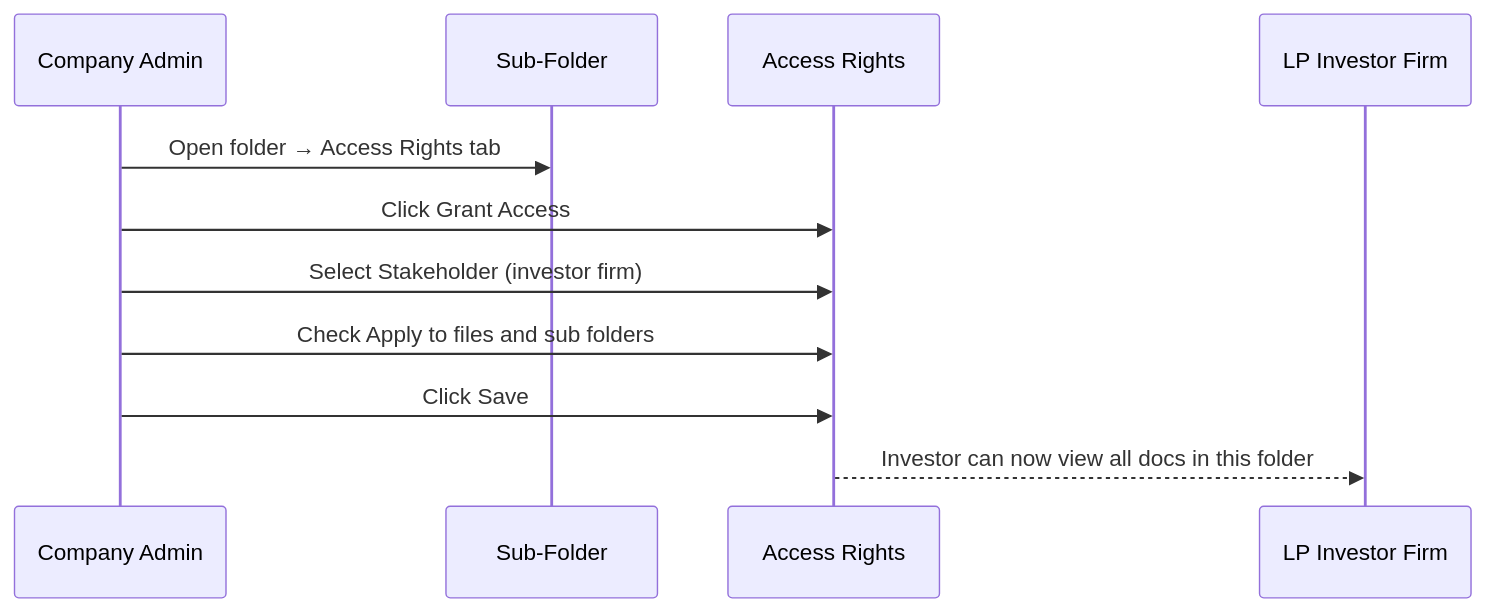
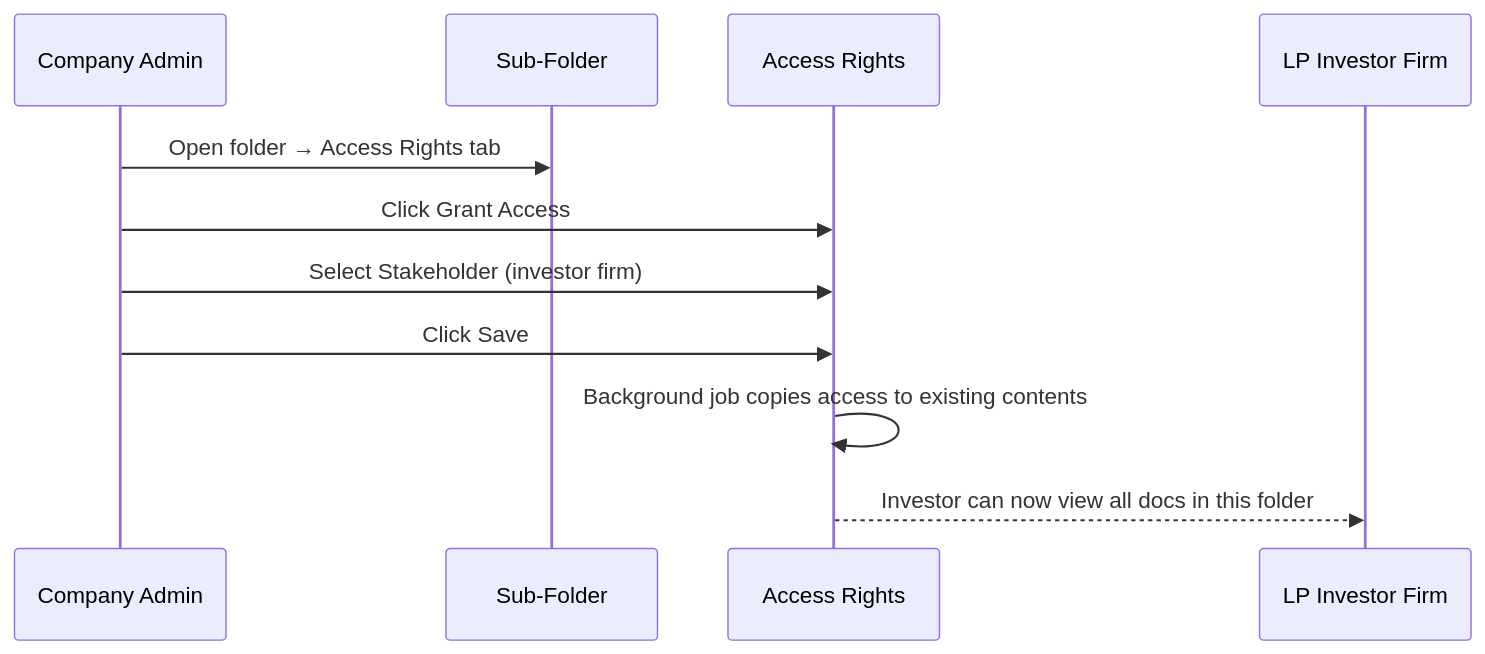
Before and after one commit to sampadadiwan/IRM_CompanyMain: the second of 3 diagrams in docs/user_guides/data_rooms_gp_user_guide.md, drawn with Mermaid. The commit also changed other lines of this file and 8 other files, not shown here.

````diff
--- a/docs/user_guides/data_rooms_gp_user_guide.md
+++ b/docs/user_guides/data_rooms_gp_user_guide.md
@@ -149,14 +149,14 @@
 ```mermaid
 sequenceDiagram
     participant Admin as Company Admin
     participant Folder as Sub-Folder
     participant AR as Access Rights
     participant Investor as LP Investor Firm
 
     Admin->>Folder: Open folder → Access Rights tab
     Admin->>AR: Click Grant Access
     Admin->>AR: Select Stakeholder (investor firm)
-    Admin->>AR: Check Apply to files and sub folders
     Admin->>AR: Click Save
+    AR->>AR: Background job copies access to existing contents
     AR-->>Investor: Investor can now view all docs in this folder
 ```
````
